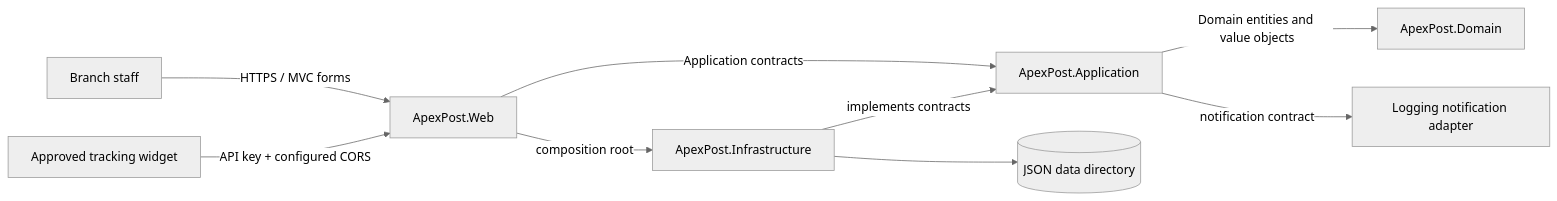
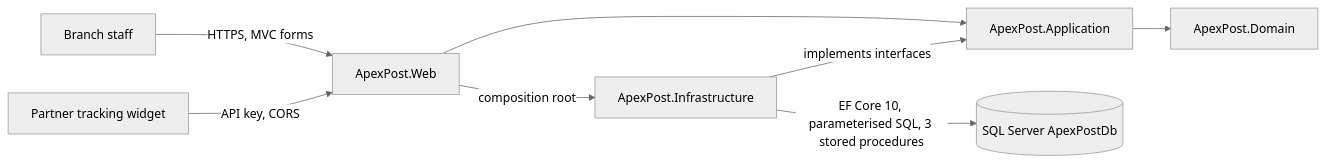
One commit to NarendraDappili/ApexPostLogisticsRepo changed the diagram in docs/architecture/README.md. Above: the diagram before and after it, drawn with Mermaid (neutral theme). The commit also changed other lines of this file and 24 other files, not shown here.

````diff
--- a/docs/architecture/README.md
+++ b/docs/architecture/README.md
@@ -16,11 +9,10 @@
 ```mermaid
 flowchart LR
-    Staff[Branch staff] -->|HTTPS / MVC forms| Web[ApexPost.Web]
-    Partner[Approved tracking widget] -->|API key + configured CORS| Web
-    Web -->|Application contracts| App[ApexPost.Application]
-    App -->|Domain entities and value objects| Domain[ApexPost.Domain]
-    Infra[ApexPost.Infrastructure] -->|implements contracts| App
-    Infra --> Json[(JSON data directory)]
+    Staff[Branch staff] -->|HTTPS, MVC forms| Web[ApexPost.Web]
+    Partner[Partner tracking widget] -->|API key, CORS| Web
+    Web --> App[ApexPost.Application]
+    App --> Domain[ApexPost.Domain]
+    Infra[ApexPost.Infrastructure] -->|implements interfaces| App
     Web -->|composition root| Infra
-    App -->|notification contract| Notify[Logging notification adapter]
+    Infra -->|EF Core 10, parameterised SQL, 3 stored procedures| Sql[(SQL Server ApexPostDb)]
 ```
````
